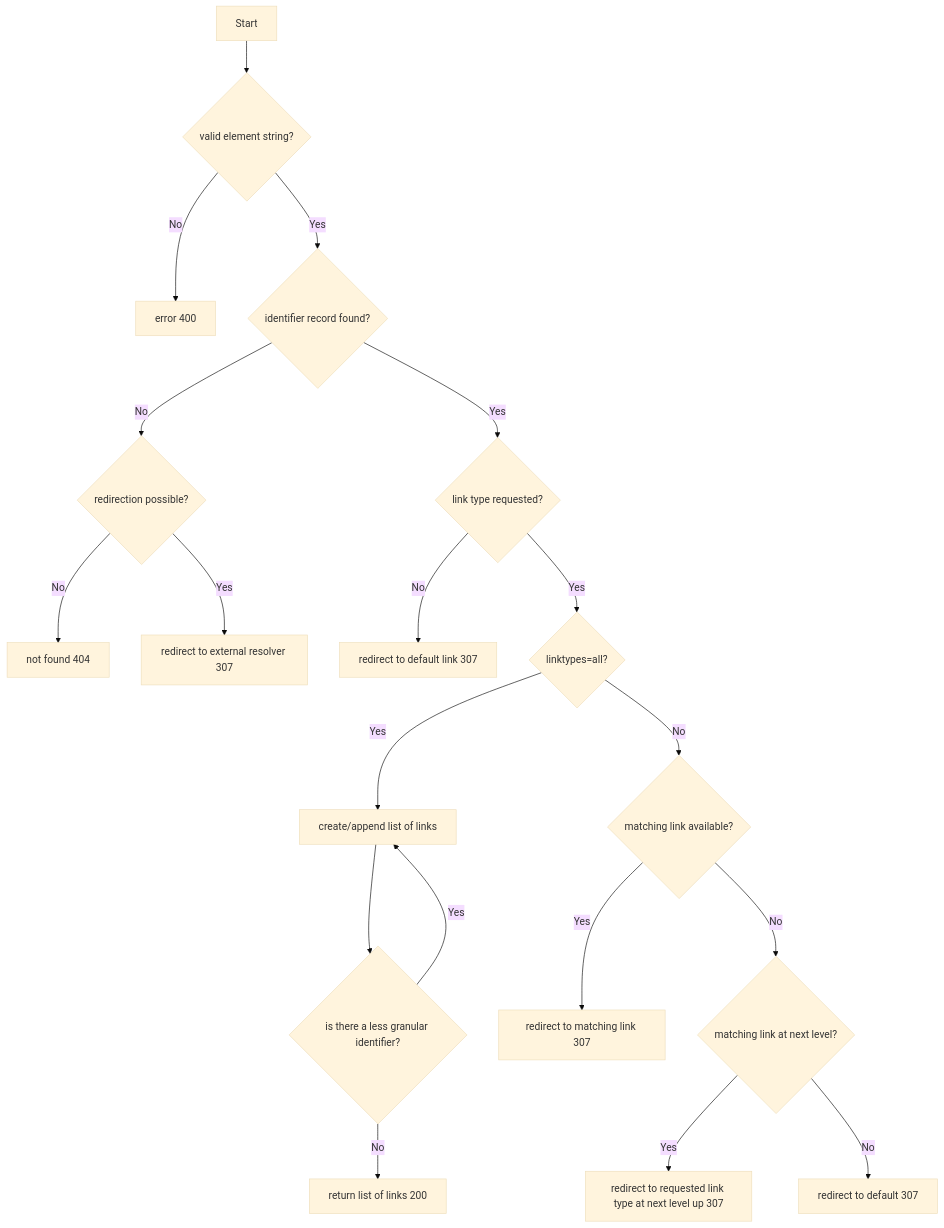
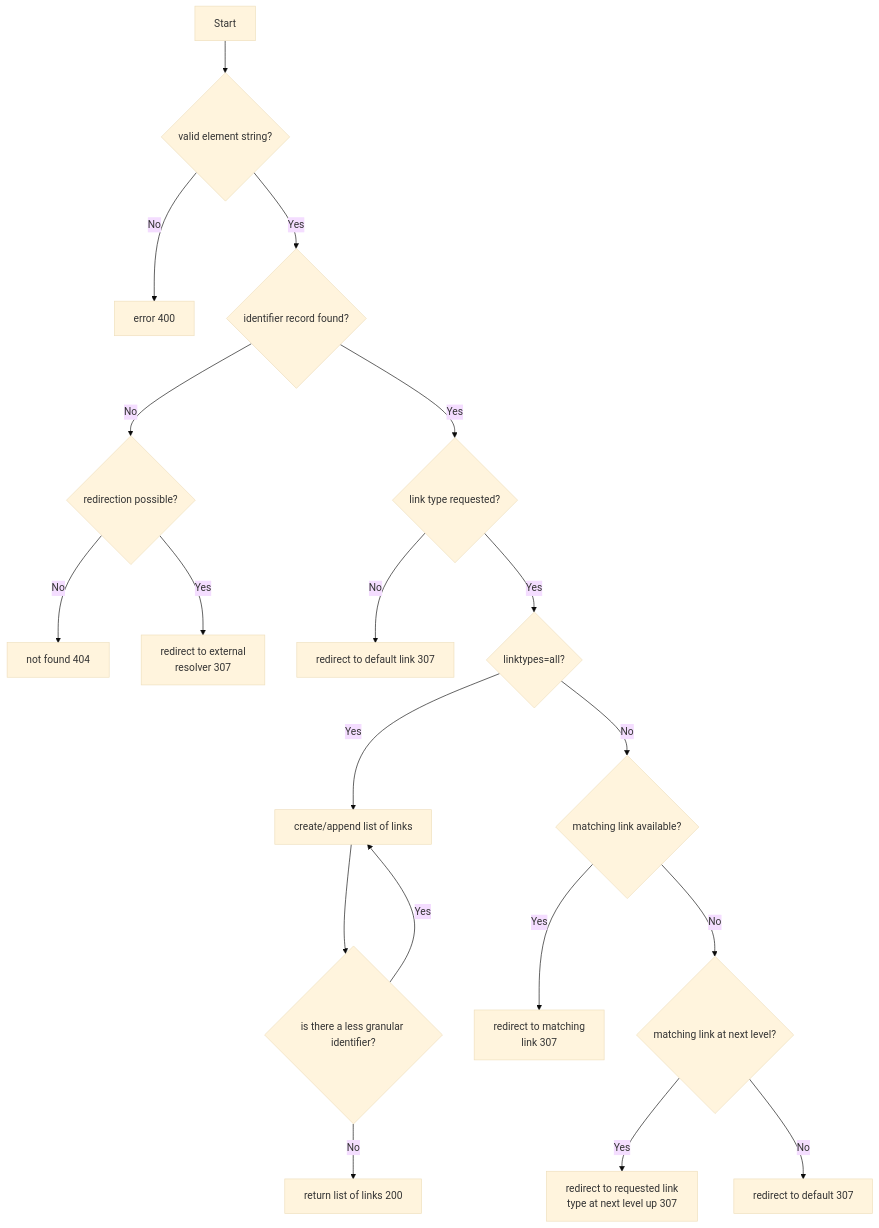
Before and after one commit to gs-gs/pyx-identity-resolver: the second of 2 diagrams in documentation/docs/introduction/link_resolution.md, drawn with Mermaid (base theme). The commit also changed 2 other files, not shown here.

Commit message:
docs: update flow diagrams

````diff
--- a/documentation/docs/introduction/link_resolution.md
+++ b/documentation/docs/introduction/link_resolution.md
@@ -137,21 +137,21 @@
 ```mermaid
 flowchart
     A[Start] --> B{valid element string?}
     B -- No --> C[error 400]
     B -- Yes --> D{identifier record found?}
     D -- No --> E{redirection possible?}
     D -- Yes --> F{link type requested?}
     E -- No --> G[not found 404]
-    E -- Yes --> H[redirect to external resolver 307]
+    E -- Yes --> H[redirect to external <br>  resolver 307]
     F -- No --> I[redirect to default link 307]
     F -- Yes --> K{linktypes=all?}
     K -- Yes --> L[create/append list of links]
     L --> J{is there a less granular identifier?}
     J -- Yes --> L
     J -- No --> X[return list of links 200]
     K -- No --> M{matching link available?}
-    M -- Yes --> N[redirect to matching link 307]
+    M -- Yes --> N[redirect to matching <br>  link 307]
     M -- No --> O{matching link at next level?}
-    O -- Yes --> P[redirect to requested link type at next level up 307]
+    O -- Yes --> P[redirect to requested link <br> type at next level up 307]
     O -- No --> Q[redirect to default 307]
 ```
````
